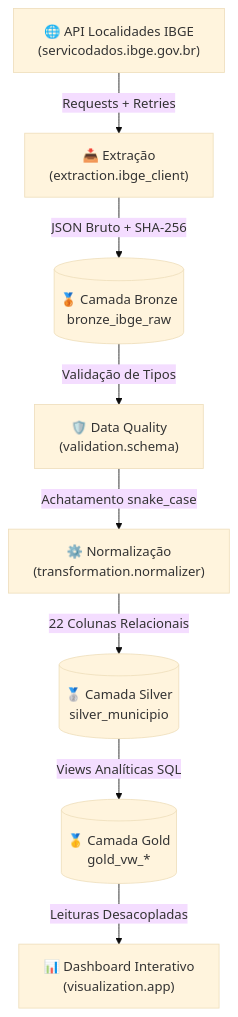
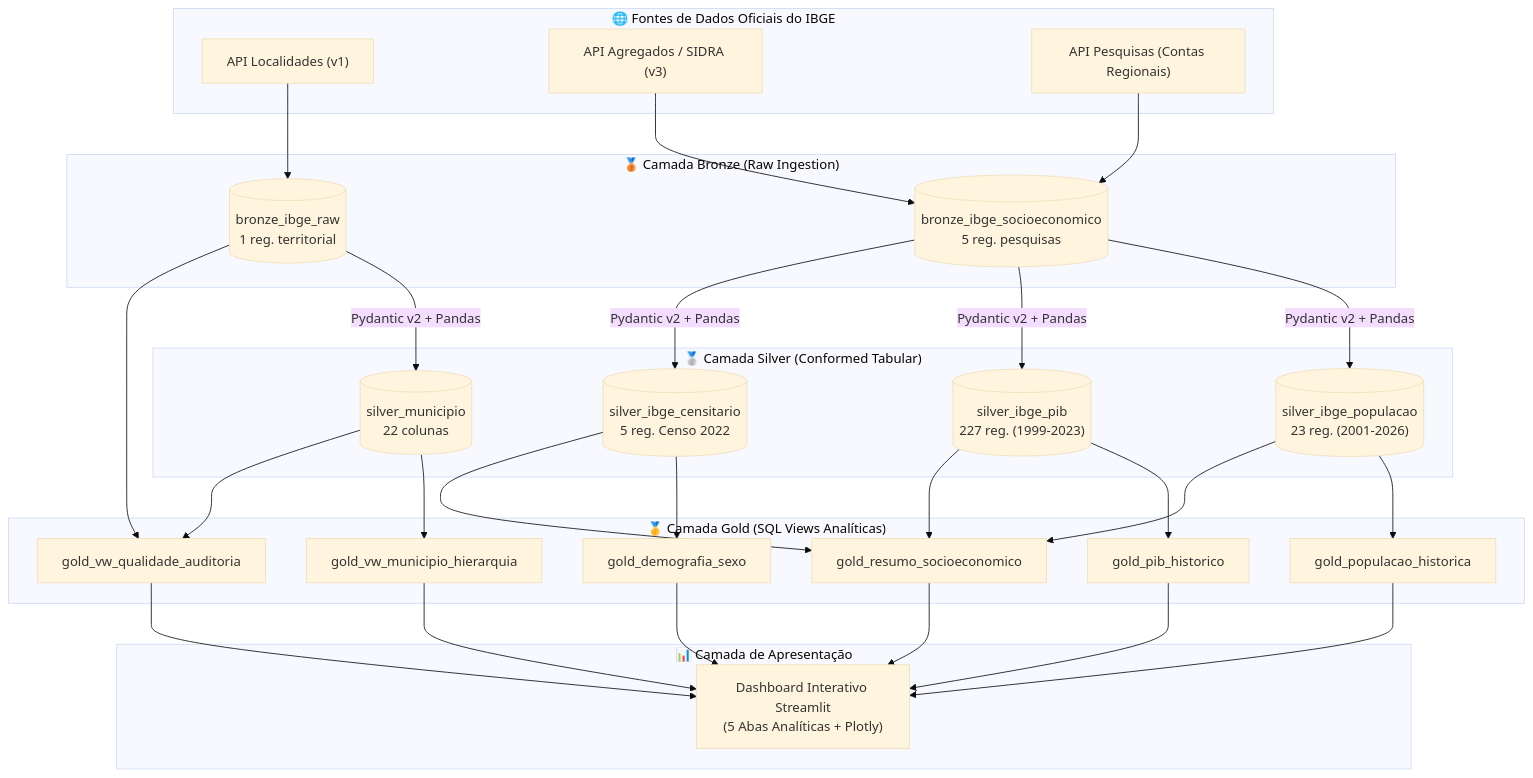
The diagram in README.md (Jonesbastos/IBGE_MAUA), drawn with Mermaid (base theme) before and after one commit. The commit also changed other lines of this file and 8 other files, not shown here.

````diff
--- a/README.md
+++ b/README.md
@@ -18,10 +18,48 @@
 ```mermaid
 flowchart TD
-    API["🌐 API Localidades IBGE<br>(servicodados.ibge.gov.br)"] -->|Requests + Retries| EXT["📥 Extração<br>(extraction.ibge_client)"]
-    EXT -->|JSON Bruto + SHA-256| BRONZE[("🥉 Camada Bronze<br>bronze_ibge_raw")]
-    BRONZE -->|Validação de Tipos| VAL["🛡️ Data Quality<br>(validation.schema)"]
-    VAL -->|Achatamento snake_case| TRF["⚙️ Normalização<br>(transformation.normalizer)"]
-    TRF -->|22 Colunas Relacionais| SILVER[("🥈 Camada Silver<br>silver_municipio")]
-    SILVER -->|Views Analíticas SQL| GOLD[("🥇 Camada Gold<br>gold_vw_*")]
-    GOLD -->|Leituras Desacopladas| DASH["📊 Dashboard Interativo<br>(visualization.app)"]
+    subgraph Sources ["🌐 Fontes de Dados Oficiais do IBGE"]
+        API_LOC["API Localidades (v1)"]
+        API_AGG["API Agregados / SIDRA (v3)"]
+        API_PESQ["API Pesquisas (Contas Regionais)"]
+    end
+
+    subgraph Bronze ["🥉 Camada Bronze (Raw Ingestion)"]
+        B_RAW[("bronze_ibge_raw<br>1 reg. territorial")]
+        B_SOC[("bronze_ibge_socioeconomico<br>5 reg. pesquisas")]
+    end
+
+    subgraph Silver ["🥈 Camada Silver (Conformed Tabular)"]
+        S_MUN[("silver_municipio<br>22 colunas")]
+        S_POP[("silver_ibge_populacao<br>23 reg. (2001-2026)")]
+        S_PIB[("silver_ibge_pib<br>227 reg. (1999-2023)")]
+        S_CENS[("silver_ibge_censitario<br>5 reg. Censo 2022")]
+    end
+
+    subgraph Gold ["🥇 Camada Gold (SQL Views Analíticas)"]
+        G_HIER["gold_vw_municipio_hierarquia"]
+        G_AUD["gold_vw_qualidade_auditoria"]
+        G_POP["gold_populacao_historica"]
+        G_PIB["gold_pib_historico"]
+        G_DEMO["gold_demografia_sexo"]
+        G_RES["gold_resumo_socioeconomico"]
+    end
+
+    subgraph Presentation ["📊 Camada de Apresentação"]
+        DASH["Dashboard Interativo Streamlit<br>(5 Abas Analíticas + Plotly)"]
+    end
+
+    API_LOC --> B_RAW
+    API_AGG & API_PESQ --> B_SOC
+
+    B_RAW -->|Pydantic v2 + Pandas| S_MUN
+    B_SOC -->|Pydantic v2 + Pandas| S_POP & S_PIB & S_CENS
+
+    S_MUN --> G_HIER
+    S_MUN & B_RAW --> G_AUD
+    S_POP --> G_POP
+    S_PIB --> G_PIB
+    S_CENS --> G_DEMO
+    S_POP & S_PIB & S_CENS --> G_RES
+
+    G_HIER & G_AUD & G_POP & G_PIB & G_DEMO & G_RES --> DASH
 ```
````
